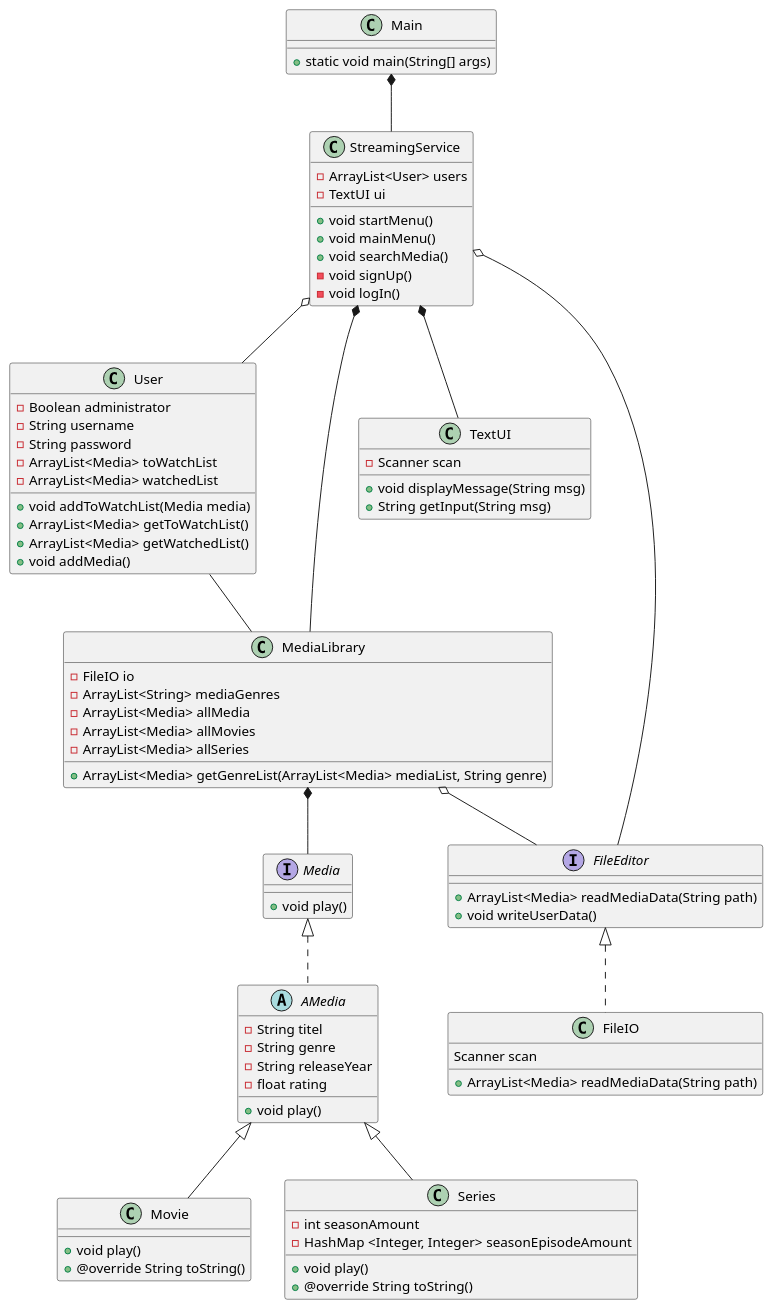
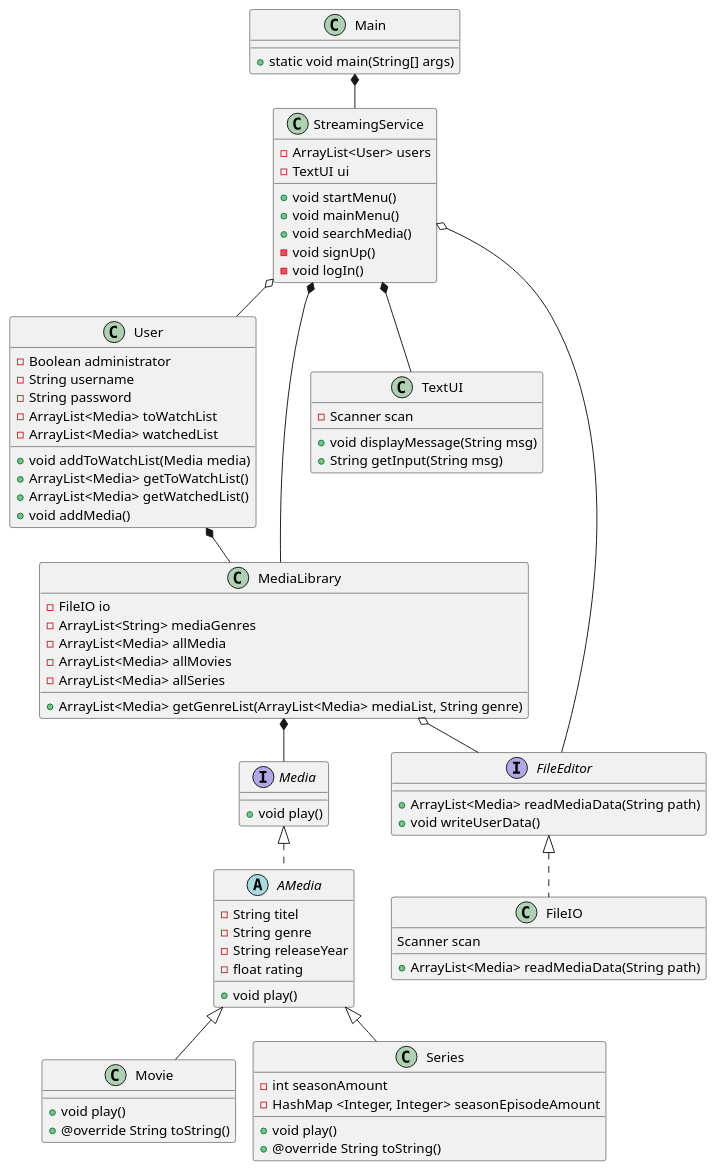
One commit to DeZoete/SP3 changed the diagram in src/uml.puml. Above: the diagram before and after it, drawn with PlantUML. The commit also changed 11 other files, not shown here.

```diff
--- a/src/uml.puml
+++ b/src/uml.puml
@@ -1,123 +1,124 @@
 @startuml
 'https://plantuml.com/sequence-diagram
+!pragma layout smetana
 
 class Main
 class StreamingService
 class User
 interface Media
 abstract AMedia
 class Movie
 class Series
 class MediaLibrary
 class TextUI
 class FileIO
 interface FileEditor
 
 
 
 AMedia  <|--  Movie
 AMedia  <|--  Series
 Media <|.- AMedia
 FileEditor <|.- FileIO
 
 
 StreamingService o--  User
 StreamingService *-- MediaLibrary
 StreamingService *-- TextUI
 MediaLibrary *-- Media
 MediaLibrary o-- FileEditor
 StreamingService o-- FileEditor
-User -- MediaLibrary
+User *-- MediaLibrary
 
 Main *-- StreamingService
 
 interface Media {
 +void play()
 
 }
 
 abstract AMedia {
 -String titel
 -String genre
 -String releaseYear
 -float rating
 +void play()
 }
 
 class Movie{
 +void play()
 +@override String toString()
 }
 
 class Series{
 -int seasonAmount
 -HashMap <Integer, Integer> seasonEpisodeAmount
 +void play()
 +@override String toString()
 }
 
 
 class User{
 -Boolean administrator
 -String username
 -String password
 -ArrayList<Media> toWatchList
 -ArrayList<Media> watchedList
 
 +void addToWatchList(Media media)
 +ArrayList<Media> getToWatchList()
 +ArrayList<Media> getWatchedList()
 +void addMedia()
 }
 
 class TextUI{
 -Scanner scan
 
 +void displayMessage(String msg)
 +String getInput(String msg)
 
 }
 
 class StreamingService{
 -ArrayList<User> users
 -TextUI ui
 
 +void startMenu()
 +void mainMenu()
 +void searchMedia()
 -void signUp()
 -void logIn()
 
 
 }
 
 class FileIO{
 Scanner scan
 +ArrayList<Media> readMediaData(String path)
 }
 
 class MediaLibrary{
 -FileIO io
 -ArrayList<String> mediaGenres
 -ArrayList<Media> allMedia
 -ArrayList<Media> allMovies
 -ArrayList<Media> allSeries
 +ArrayList<Media> getGenreList(ArrayList<Media> mediaList, String genre)
 
 }
 
 class Main{
 +static void main(String[] args)
 
 }
 
 interface FileEditor{
 +ArrayList<Media> readMediaData(String path)
 +void writeUserData()
 }
 
 
 
 
 
 @enduml
```
